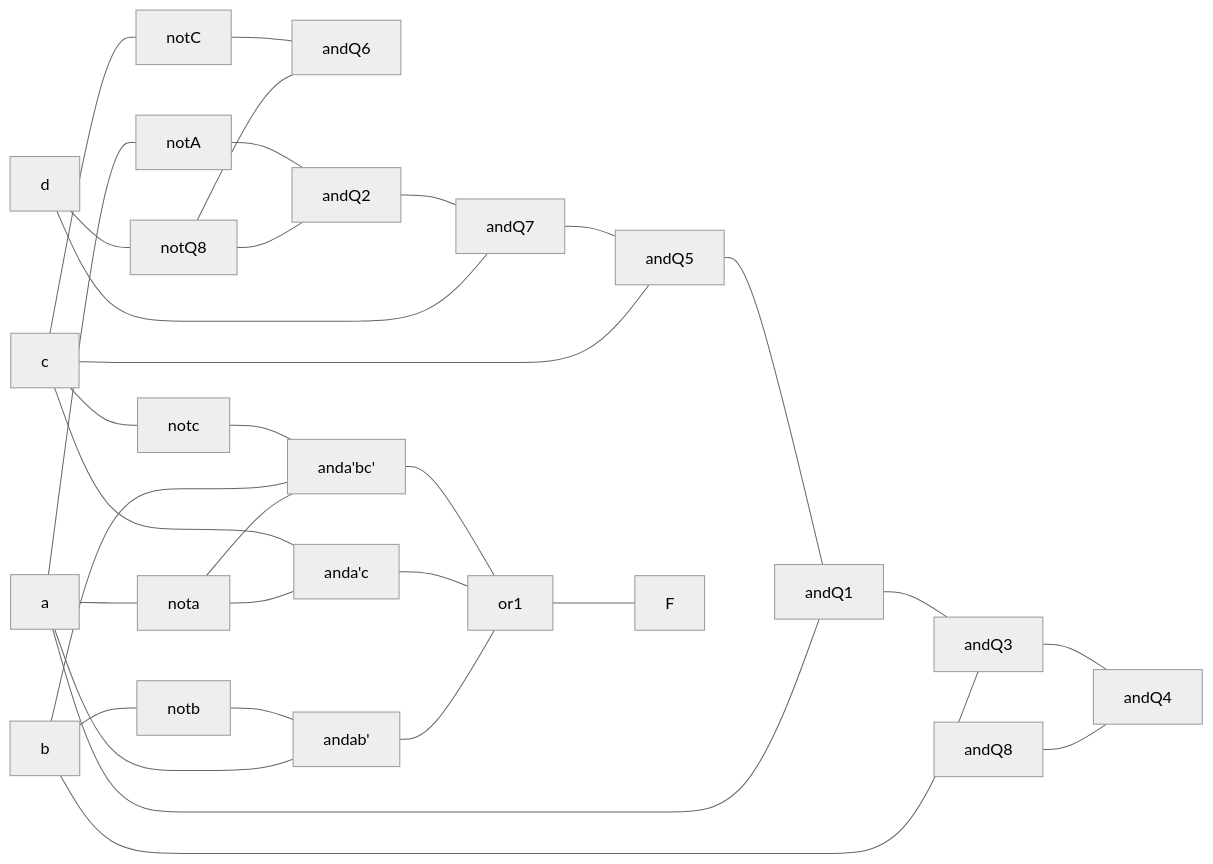
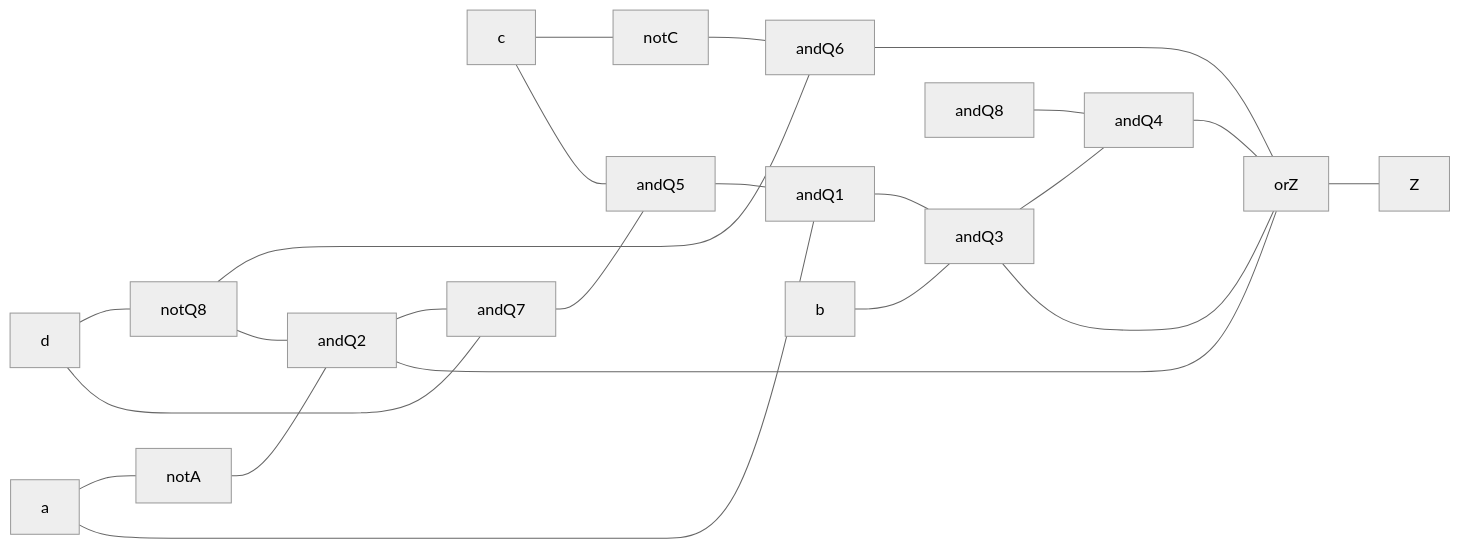
Before and after one commit to tnichols217/notes: the first of 2 diagrams in CSDS 281 - Logic Design/HW/3/Tables.md, drawn with Mermaid (neutral theme).

Commit message:
vault backup: 2024-02-14 19:23:21

````diff
--- a/CSDS 281 - Logic Design/HW/3/Tables.md
+++ b/CSDS 281 - Logic Design/HW/3/Tables.md
@@ -2,40 +2,28 @@
 ```mermaid
 flowchart LR
 
 d --- notQ8
 
 c --- notC
 
 notQ8 & notC --- andQ6
 
 a --- notA
 
 notQ8 & notA --- andQ2
 
 d & andQ2 --- andQ7
 
 c & andQ7 --- andQ5
 
 a & andQ5 --- andQ1
 
 b & andQ1 --- andQ3
 
 andQ8 & andQ3 --- andQ4
 
+andQ6 & andQ2 & andQ4 & andQ3 --- orZ
 
+orZ --- Z
 
-
-
-b --- notb
-a & notb --- andab'
-
-a --- nota
-nota & c --- anda'c
-
-c --- notc
-nota & b & notc --- anda'bc'
-
-andab' & anda'c & anda'bc' --- or1
-
-or1 --- F
 ```
````
